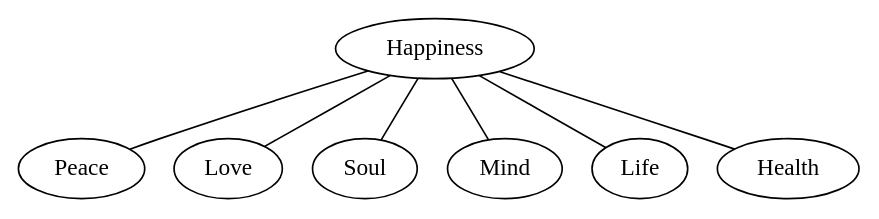
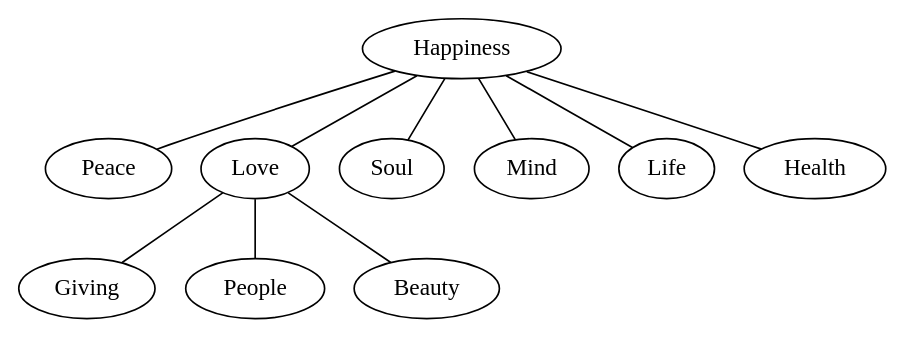
Before and after one commit to sisyphus1212/note: the tenth of 13 diagrams in other/graphviz.md, drawn with Graphviz.

Commit message:
auto_update

````diff
--- a/other/graphviz.md
+++ b/other/graphviz.md
@@ -128,12 +128,17 @@
 ```graphviz
 graph graph_name{
 	Happiness -- {
 		Peace
 		Love
 		Soul
 		Mind
 		Life
 		Health
 	}
+    Love -- {
+		Giving
+		People
+		Beauty
+	}
 }
 ```
````
